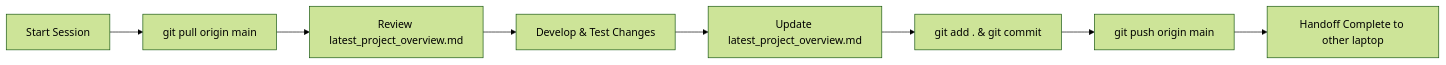
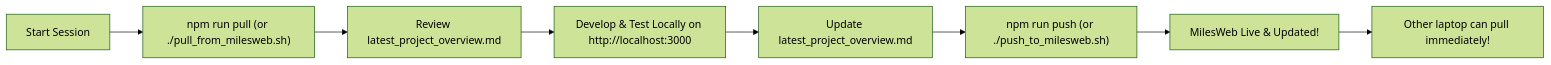
Before and after one commit to Om-collab-eng/e-pathshala: the diagram in latest_project_overview.md, drawn with Mermaid (forest theme). The commit also changed other lines of this file and 13 other files, not shown here.

Commit message:
feat(sync): add rsync-based pull and push scripts for MilesWeb cross-laptop sync

````diff
--- a/latest_project_overview.md
+++ b/latest_project_overview.md
@@ -11,10 +11,10 @@
 ```mermaid
 flowchart LR
-    A[Start Session] --> B[git pull origin main]
+    A[Start Session] --> B["npm run pull (or ./pull_from_milesweb.sh)"]
     B --> C[Review latest_project_overview.md]
-    C --> D[Develop & Test Changes]
+    C --> D[Develop & Test Locally on http://localhost:3000]
     D --> E[Update latest_project_overview.md]
-    E --> F[git add . & git commit]
-    F --> G[git push origin main]
-    G --> H[Handoff Complete to other laptop]
+    E --> F["npm run push (or ./push_to_milesweb.sh)"]
+    F --> G[MilesWeb Live & Updated!]
+    G --> H[Other laptop can pull immediately!]
 ```
````
